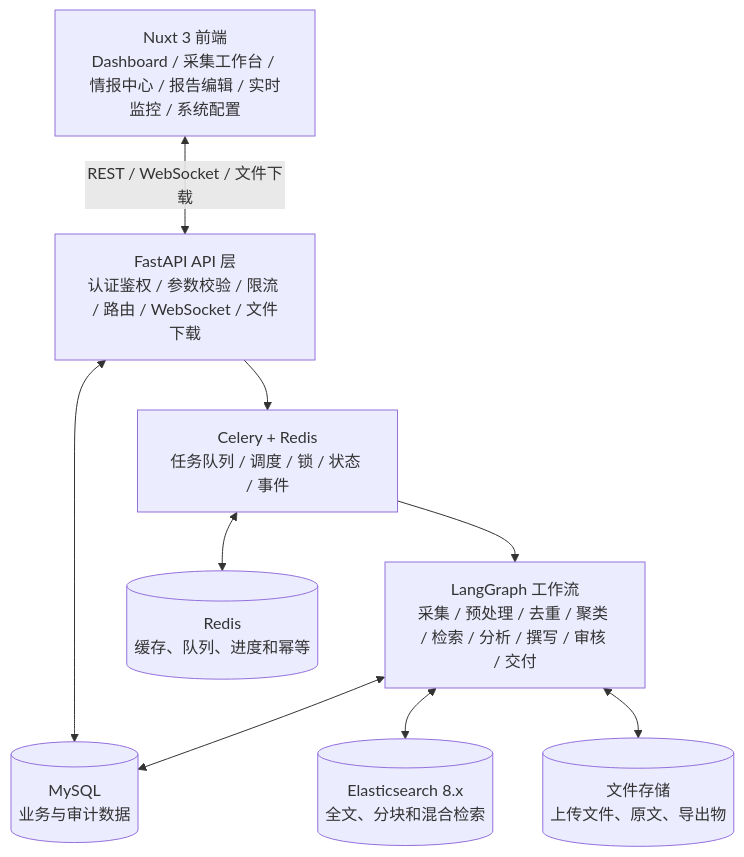
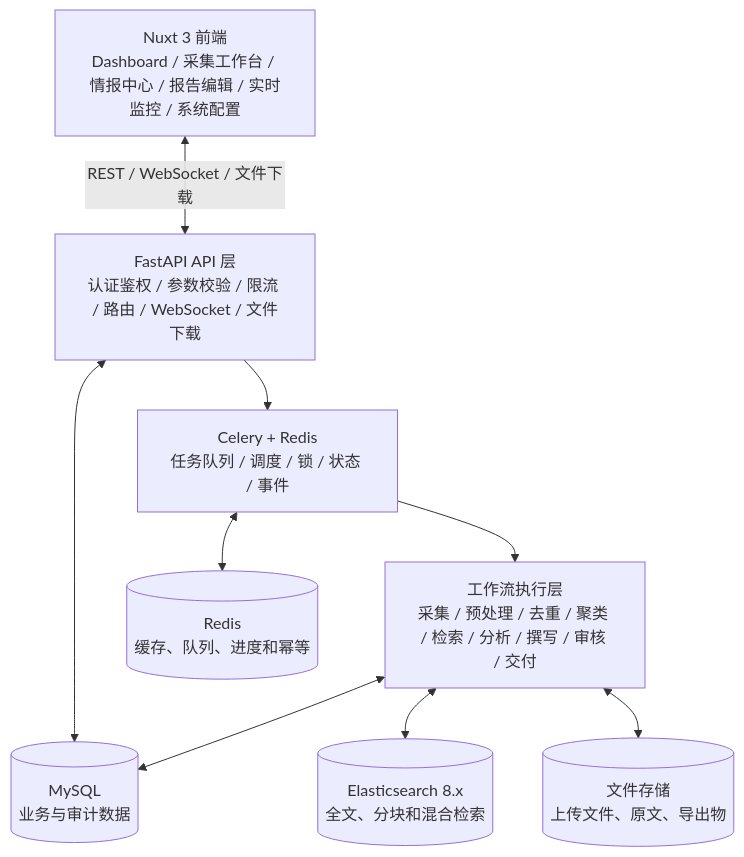
Before and after one commit to 1513057431tom-cpu/aipaqu: the first of 2 diagrams in docs/02-system-architecture.md, drawn with Mermaid. The commit also changed other lines of this file and 8 other files, not shown here.

````diff
--- a/docs/02-system-architecture.md
+++ b/docs/02-system-architecture.md
@@ -5,20 +5,20 @@
 ```mermaid
 flowchart TB
     UI["Nuxt 3 前端\nDashboard / 采集工作台 / 情报中心 / 报告编辑 / 实时监控 / 系统配置"]
     API["FastAPI API 层\n认证鉴权 / 参数校验 / 限流 / 路由 / WebSocket / 文件下载"]
     QUEUE["Celery + Redis\n任务队列 / 调度 / 锁 / 状态 / 事件"]
-    GRAPH["LangGraph 工作流\n采集 / 预处理 / 去重 / 聚类 / 检索 / 分析 / 撰写 / 审核 / 交付"]
+    GRAPH["工作流执行层\n采集 / 预处理 / 去重 / 聚类 / 检索 / 分析 / 撰写 / 审核 / 交付"]
     MYSQL[("MySQL\n业务与审计数据")]
     ES[("Elasticsearch 8.x\n全文、分块和混合检索")]
     FILES[("文件存储\n上传文件、原文、导出物")]
     REDIS[("Redis\n缓存、队列、进度和幂等")]
 
     UI <-->|"REST / WebSocket / 文件下载"| API
     API --> QUEUE
     QUEUE --> GRAPH
     API <--> MYSQL
     GRAPH <--> MYSQL
     GRAPH <--> ES
     GRAPH <--> FILES
     QUEUE <--> REDIS
 ```
````
